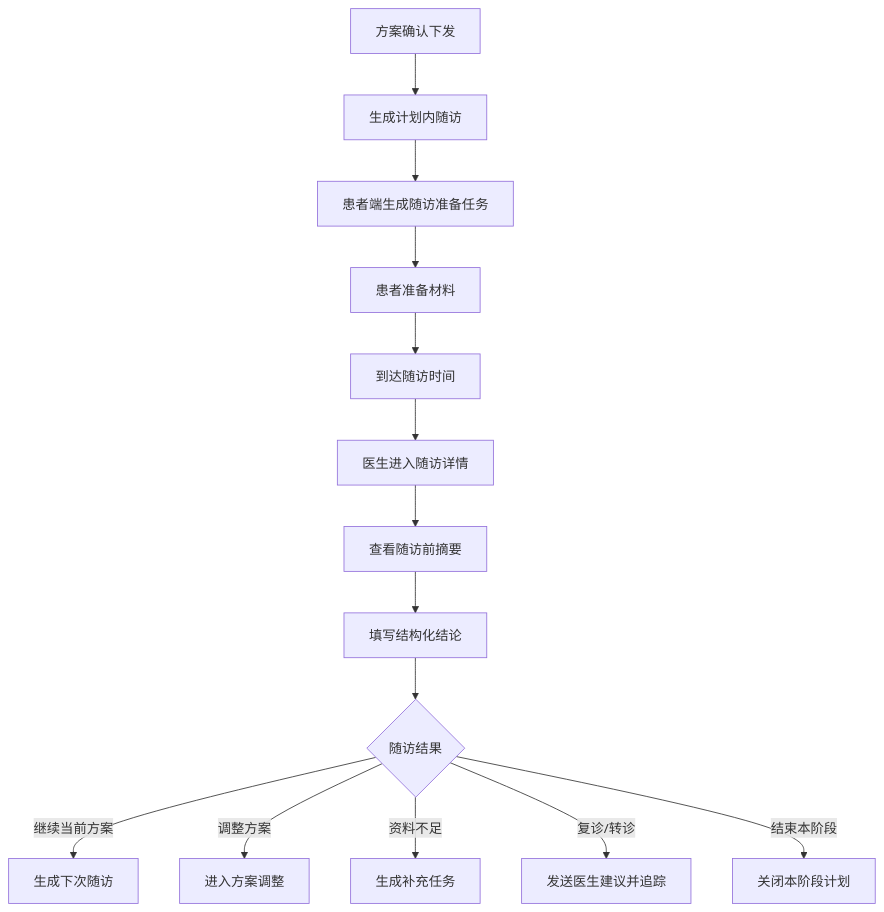
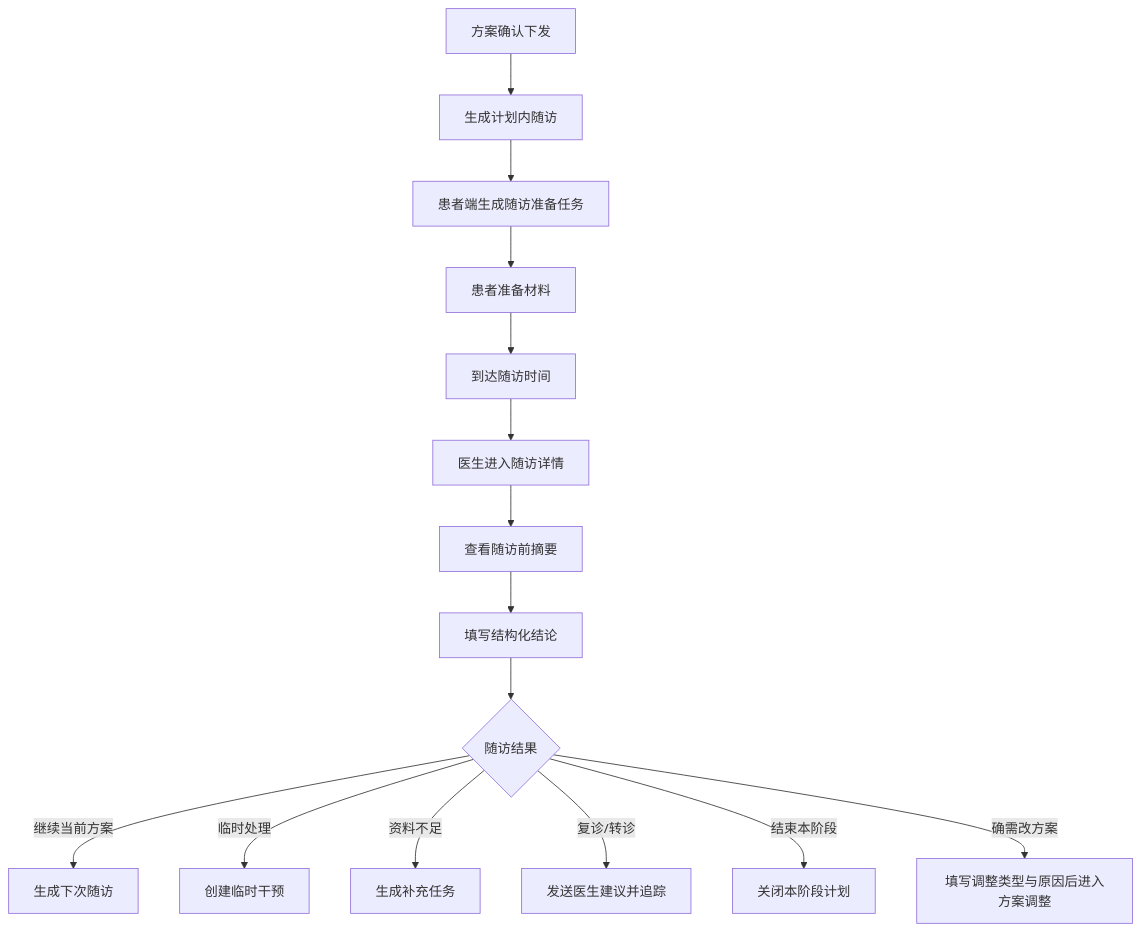
Before and after one commit to supersuperman666/twin: the diagram in docs/prd/随访闭环PRD.md, drawn with Mermaid. The commit also changed other lines of this file and 17 other files, not shown here.

````diff
--- a/docs/prd/随访闭环PRD.md
+++ b/docs/prd/随访闭环PRD.md
@@ -41,16 +42,17 @@
 ```mermaid
 flowchart TD
   A["方案确认下发"] --> B["生成计划内随访"]
   B --> C["患者端生成随访准备任务"]
   C --> D["患者准备材料"]
   D --> E["到达随访时间"]
   E --> F["医生进入随访详情"]
   F --> G["查看随访前摘要"]
   G --> H["填写结构化结论"]
   H --> I{"随访结果"}
   I -->|继续当前方案| J["生成下次随访"]
-  I -->|调整方案| K["进入方案调整"]
+  I -->|临时处理| K["创建临时干预"]
   I -->|资料不足| L["生成补充任务"]
   I -->|复诊/转诊| M["发送医生建议并追踪"]
   I -->|结束本阶段| N["关闭本阶段计划"]
+  I -->|确需改方案| O["填写调整类型与原因后进入方案调整"]
 ```
````
